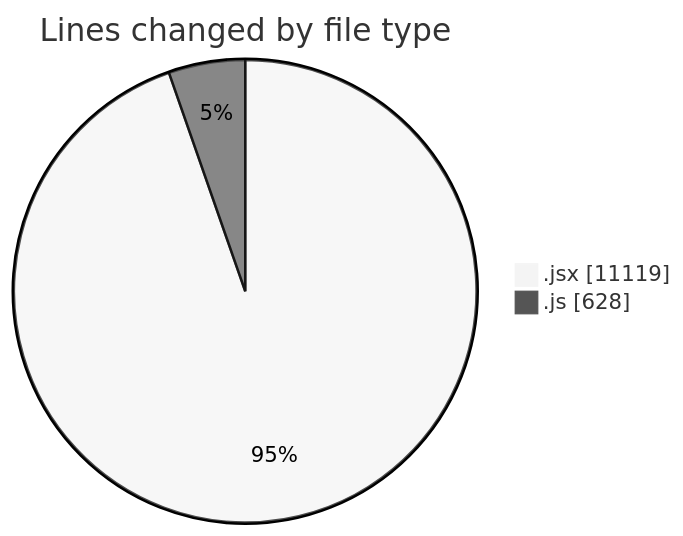
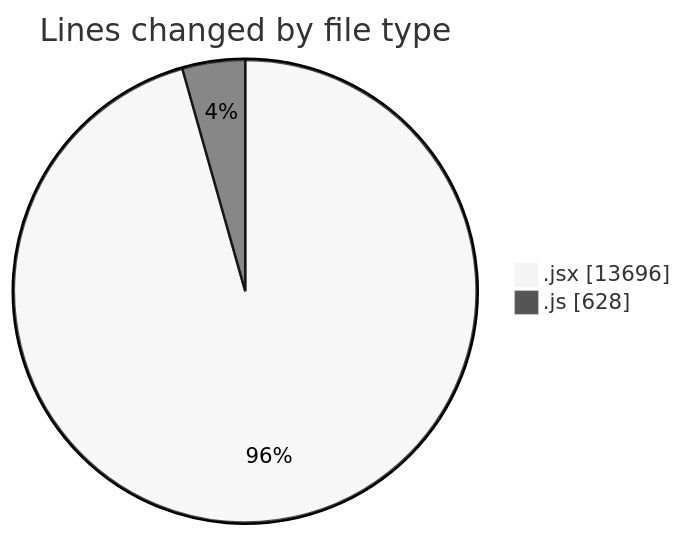
Before and after one commit to nxtqubesakshisongat/code-tracking: the first of 2 diagrams in 2025-09-25/nxtqube_webapp/README.md, drawn with Mermaid (neutral theme). The commit also changed other lines of this file and 1 other file, not shown here.

````diff
--- a/2025-09-25/nxtqube_webapp/README.md
+++ b/2025-09-25/nxtqube_webapp/README.md
@@ -23,6 +23,6 @@
 ```mermaid
 pie showData
 title Lines changed by file type
-".jsx" : 11119
+".jsx" : 13696
 ".js" : 628
 ```
````
